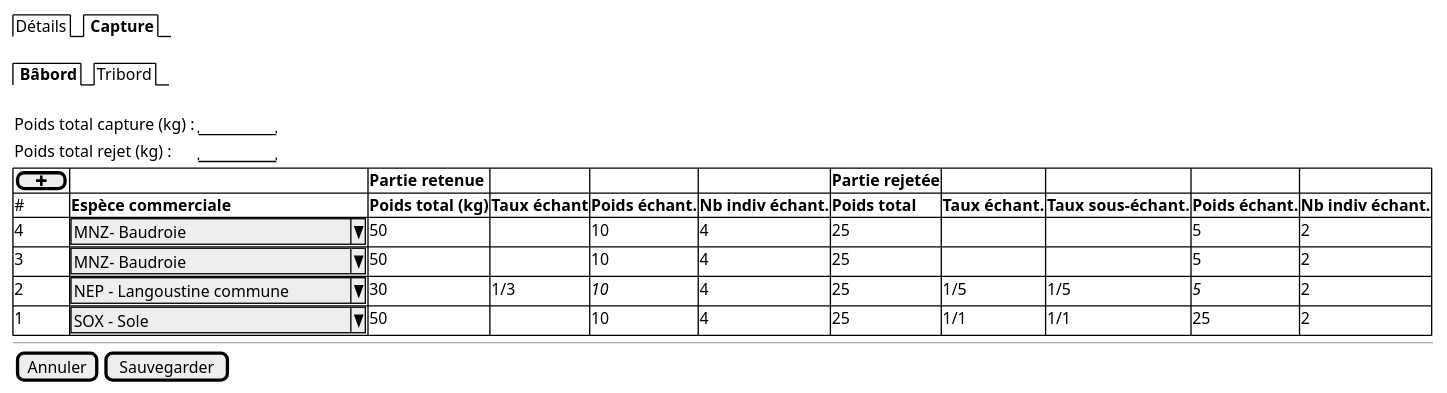
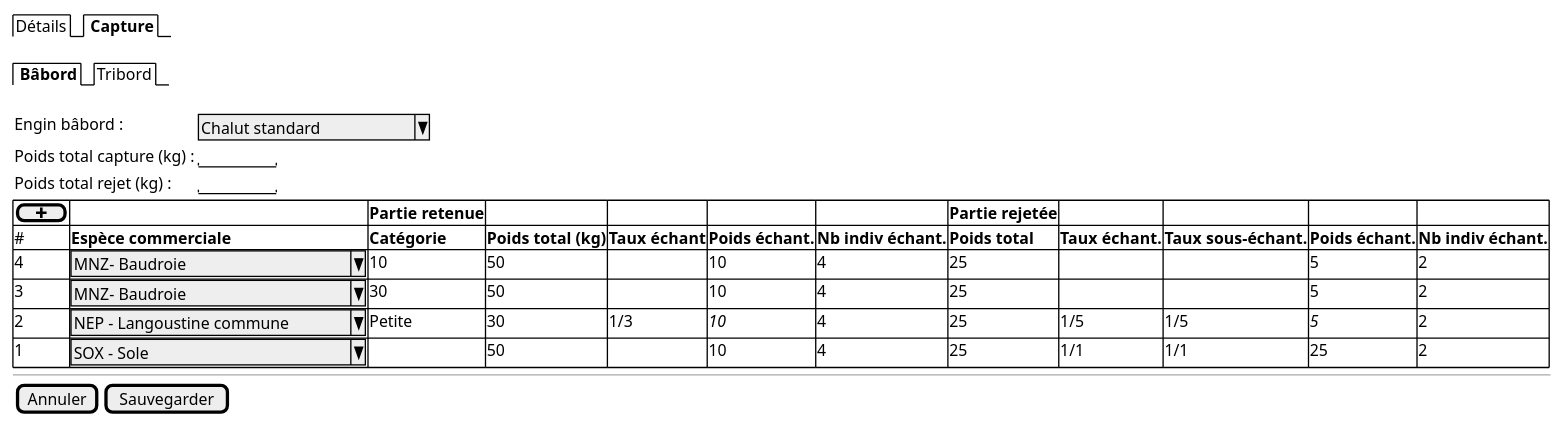
One commit to sumaris-net/sumaris-doc changed the diagram in projects/apase/spe/batch-tabs.puml. Above: the diagram before and after it, drawn with PlantUML. The commit also changed 4 other files, not shown here.

```diff
--- a/projects/apase/spe/batch-tabs.puml
+++ b/projects/apase/spe/batch-tabs.puml
@@ -1,33 +1,34 @@
 @startsalt
 {
 
   {/  Détails | <b> Capture }
 
   .
 
 
   {/ <b> Bâbord | Tribord }
 
   .
 
     {
+      Engin bâbord : { ^ Chalut standard    ^ }
       Poids total capture (kg) :  | "       "
       Poids total rejet (kg) :  | "       "
     }
 
 	{#
-      [ <&plus> ] |  .              | <b>Partie retenue  | . | . | . | <b>Partie rejetée | . | . | .
-      # | <b>Espèce commerciale     | <b>Poids total (kg)     |  <b>Taux échant  | <b>Poids échant. | <b>Nb indiv échant. | <b>Poids total     |  <b>Taux échant.  | <b>Taux sous-échant.  | <b>Poids échant. | <b>Nb indiv échant.
-      4 | ^MNZ- Baudroie             ^ |   50   |  .   |   10          | 4 | 25   |  .   | . |   5  | 2
-      3 | ^MNZ- Baudroie             ^ |   50   |  .   |   10          | 4 | 25   |  .   | . |   5  | 2
-      2 | ^NEP - Langoustine commune ^ |   30   |  1/3 |   <i>10       | 4 | 25   |  1/5 | 1/5 | <i>5 | 2
-      1 | ^SOX - Sole                ^ |   50   |  .   |   10          | 4 | 25   |  1/1 | 1/1 | 25   | 2
+      [ <&plus> ] |  .              | <b>Partie retenue  | . | . | . | . | <b>Partie rejetée | . | . | .
+      # | <b>Espèce commerciale     | <b>Catégorie | <b>Poids total (kg)     |  <b>Taux échant  | <b>Poids échant. | <b>Nb indiv échant. | <b>Poids total     |  <b>Taux échant.  | <b>Taux sous-échant.  | <b>Poids échant. | <b>Nb indiv échant.
+      4 | ^MNZ- Baudroie             ^ | 10 |  50   |  .   |   10          | 4 | 25   |  .   | . |   5  | 2
+      3 | ^MNZ- Baudroie             ^ | 30 |  50   |  .   |   10          | 4 | 25   |  .   | . |   5  | 2
+      2 | ^NEP - Langoustine commune ^ | Petite |  30   |  1/3 |   <i>10       | 4 | 25   |  1/5 | 1/5 | <i>5 | 2
+      1 | ^SOX - Sole                ^ | . |  50   |  .   |   10          | 4 | 25   |  1/1 | 1/1 | 25   | 2
     }
 
   --
 
   {
     [Annuler] | [Sauvegarder]
   }
 }
 @endsalt
```
